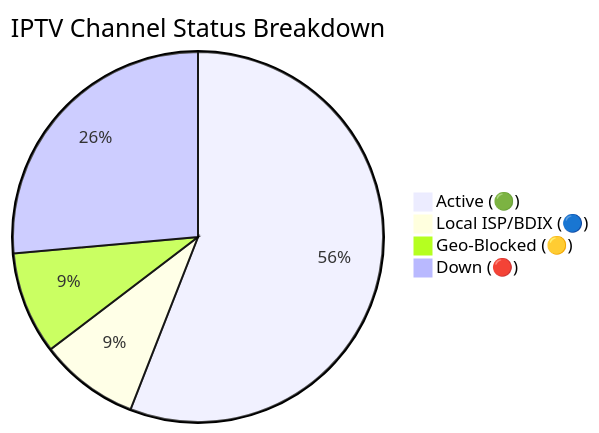
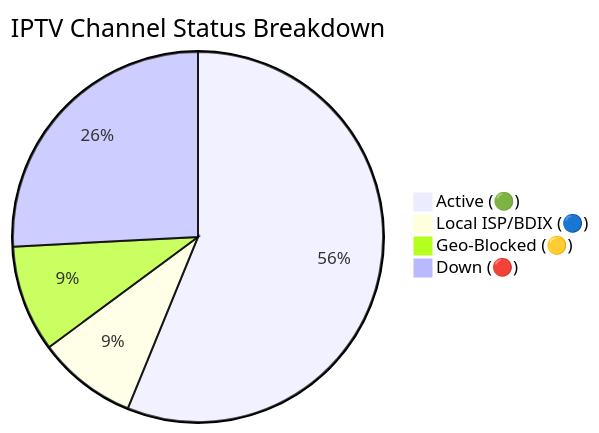
Before and after one commit to Zaman-Topu/Ip-tv-Collection: the diagram in README.md, drawn with Mermaid. The commit also changed other lines of this file and 6 other files, not shown here.

````diff
--- a/README.md
+++ b/README.md
@@ -149,7 +149,7 @@
 ```mermaid
 pie title IPTV Channel Status Breakdown
-    "Active (🟢)" : 10365
+    "Active (🟢)" : 10440
     "Local ISP/BDIX (🔵)" : 1612
-    "Geo-Blocked (🟡)" : 1659
-    "Down (🔴)" : 4894
+    "Geo-Blocked (🟡)" : 1730
+    "Down (🔴)" : 4800
 ```
````
